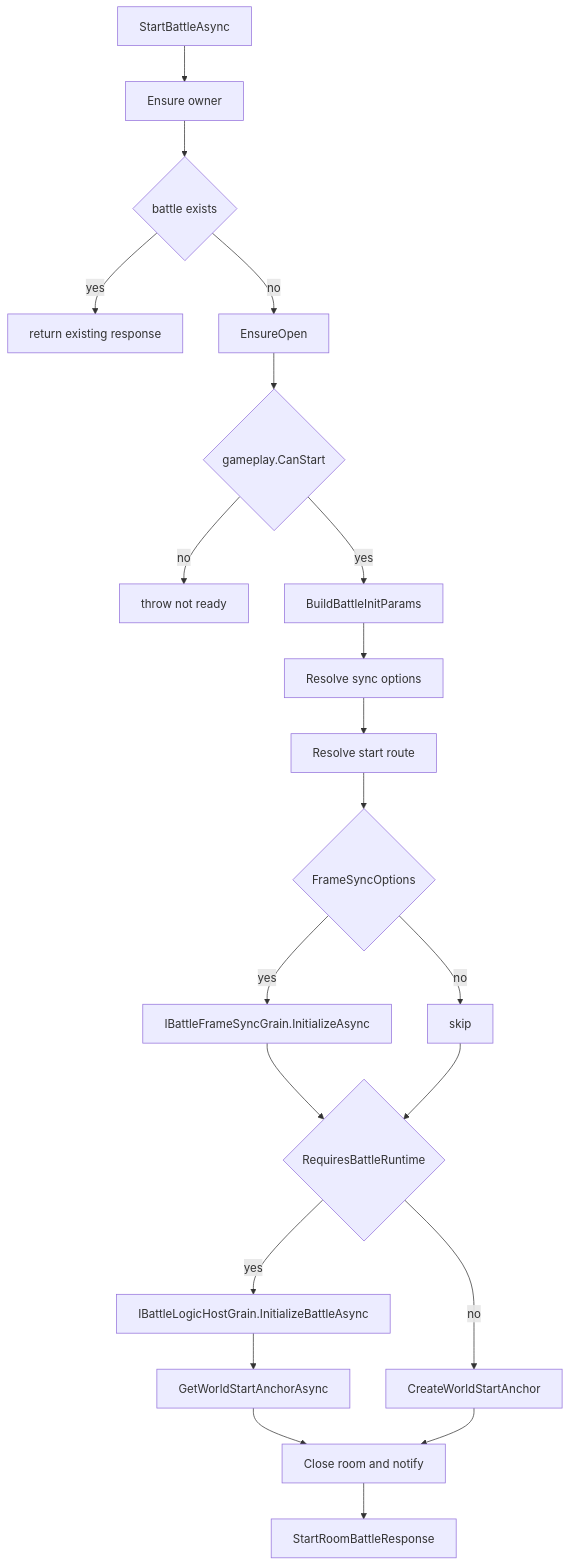
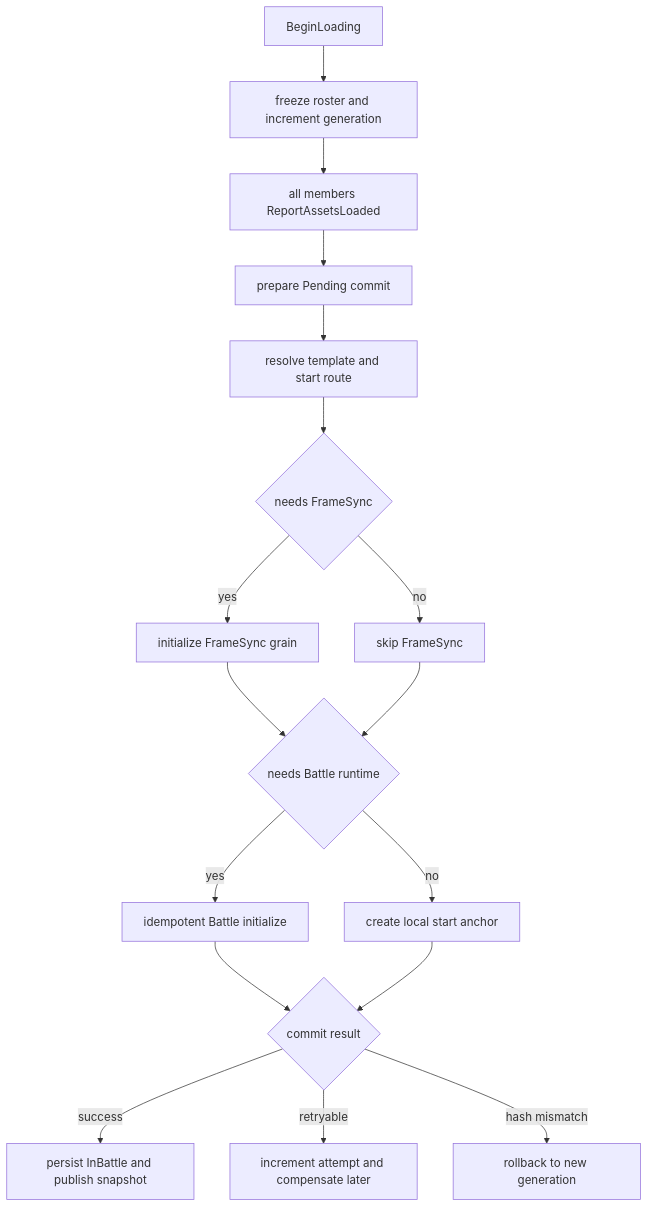
The fifth of 11 diagrams in Docs/design/07-NetworkSynchronization/05-SessionCoordination.md (HOBOBO/AbilityKit), drawn with Mermaid before and after one commit. The commit also changed other lines of this file and 537 other files, not shown here.

````diff
--- a/Docs/design/07-NetworkSynchronization/05-SessionCoordination.md
+++ b/Docs/design/07-NetworkSynchronization/05-SessionCoordination.md
@@ -326,23 +338,19 @@
 ```mermaid
 flowchart TD
-    A[StartBattleAsync] --> B[Ensure owner]
-    B --> C{battle exists}
-    C -- yes --> D[return existing response]
-    C -- no --> E[EnsureOpen]
-    E --> F{gameplay.CanStart}
-    F -- no --> X[throw not ready]
-    F -- yes --> G[BuildBattleInitParams]
-    G --> H[Resolve sync options]
-    H --> I[Resolve start route]
-    I --> J{FrameSyncOptions}
-    J -- yes --> K[IBattleFrameSyncGrain.InitializeAsync]
-    J -- no --> L[skip]
-    K --> M{RequiresBattleRuntime}
-    L --> M
-    M -- yes --> N[IBattleLogicHostGrain.InitializeBattleAsync]
-    N --> O[GetWorldStartAnchorAsync]
-    M -- no --> P[CreateWorldStartAnchor]
-    O --> Q[Close room and notify]
-    P --> Q
-    Q --> R[StartRoomBattleResponse]
+    A[BeginLoading] --> B[freeze roster and increment generation]
+    B --> C[all members ReportAssetsLoaded]
+    C --> D[prepare Pending commit]
+    D --> E[resolve template and start route]
+    E --> F{needs FrameSync}
+    F -- yes --> G[initialize FrameSync grain]
+    F -- no --> H[skip FrameSync]
+    G --> I{needs Battle runtime}
+    H --> I
+    I -- yes --> J[idempotent Battle initialize]
+    I -- no --> K[create local start anchor]
+    J --> L{commit result}
+    K --> L
+    L -- success --> M[persist InBattle and publish snapshot]
+    L -- retryable --> N[increment attempt and compensate later]
+    L -- hash mismatch --> O[rollback to new generation]
 ```
````
